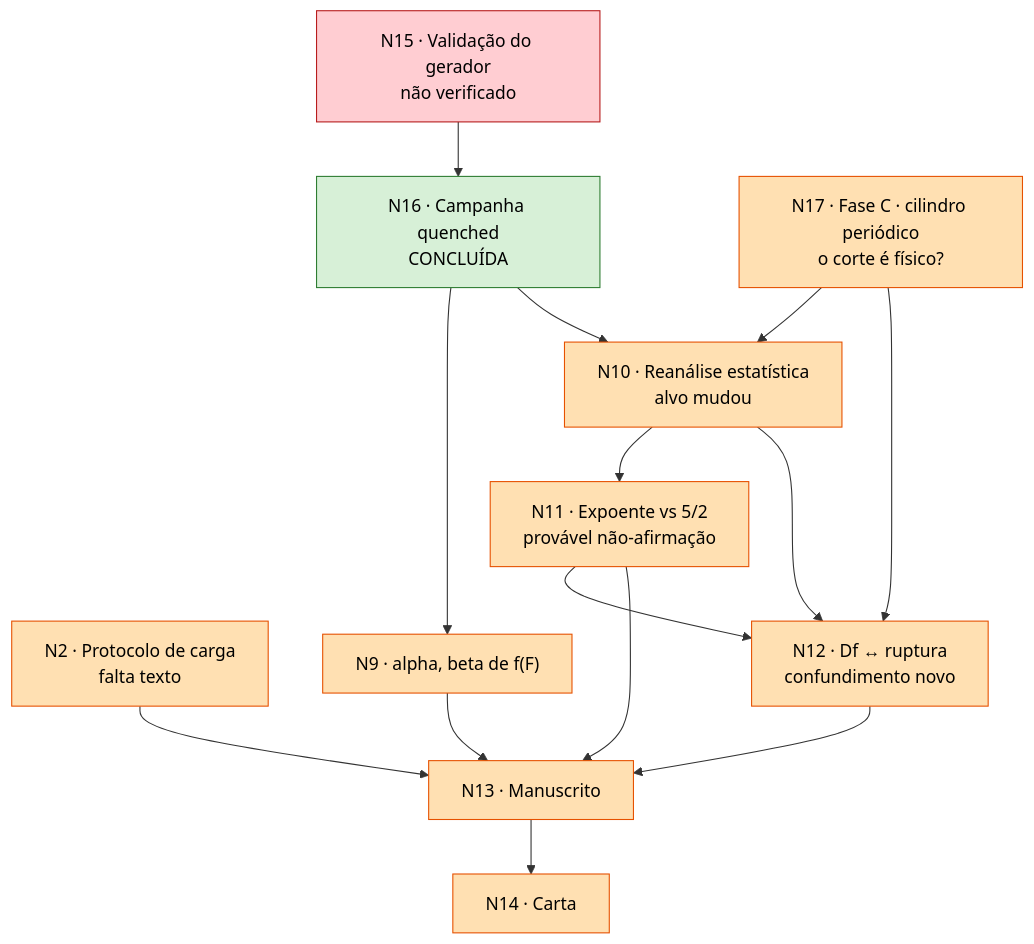
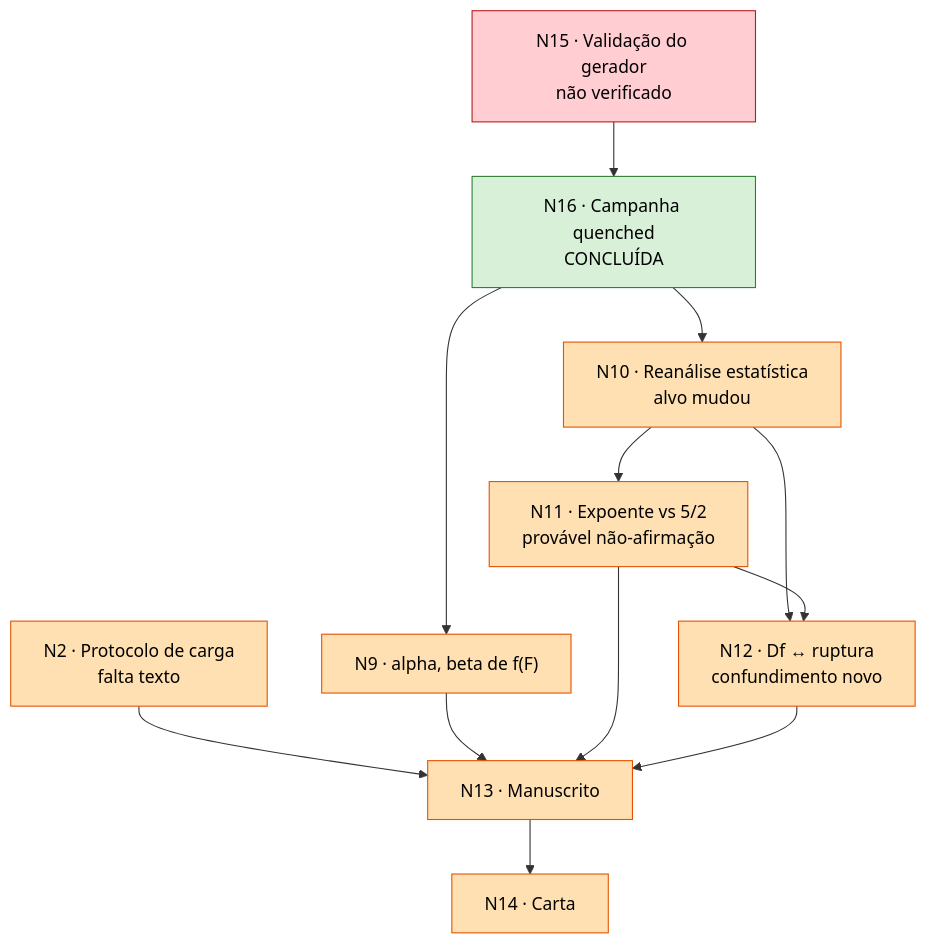
One commit to michaelsouza/dla-collagen changed the diagram in Reviews/Estado_revisao_ER12738.md. Above: the diagram before and after it, drawn with Mermaid. The commit also changed other lines of this file and 11 other files, not shown here.

````diff
--- a/Reviews/Estado_revisao_ER12738.md
+++ b/Reviews/Estado_revisao_ER12738.md
@@ -38,34 +38,31 @@
 ```mermaid
 graph TD
   N15["N15 · Validação do gerador<br/>não verificado"]
   N16["N16 · Campanha quenched<br/>CONCLUÍDA"]
-  N17["N17 · Fase C · cilindro periódico<br/>o corte é físico?"]
   N2["N2 · Protocolo de carga<br/>falta texto"]
   N9["N9 · alpha, beta de f(F)"]
   N10["N10 · Reanálise estatística<br/>alvo mudou"]
   N11["N11 · Expoente vs 5/2<br/>provável não-afirmação"]
   N12["N12 · Df ↔ ruptura<br/>confundimento novo"]
   N13["N13 · Manuscrito"]
   N14["N14 · Carta"]
 
   N15 --> N16
   N16 --> N9
   N16 --> N10
-  N17 --> N10
-  N17 --> N12
   N10 --> N11
   N10 --> N12
   N11 --> N12
   N2 --> N13
   N9 --> N13
   N11 --> N13
   N12 --> N13
   N13 --> N14
 
   classDef feito fill:#d7f0d7,stroke:#2e7d32,color:#000;
   classDef aberto fill:#ffe0b2,stroke:#e65100,color:#000;
   classDef critico fill:#ffcdd2,stroke:#b71c1c,color:#000;
   class N16 feito;
-  class N2,N9,N10,N11,N12,N13,N14,N17 aberto;
+  class N2,N9,N10,N11,N12,N13,N14 aberto;
   class N15 critico;
 ```
````
